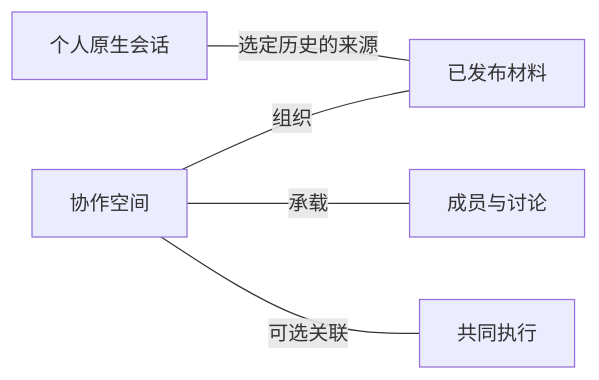
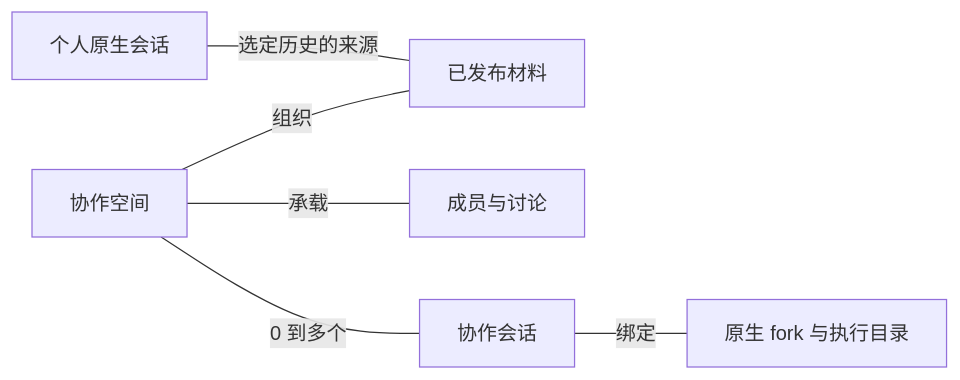
Before and after one commit to YTwsy/Team-Cross: the diagram in docs/agent-wiki/wiki/concepts/product-model-and-glossary.md, drawn with Mermaid. The commit also changed 167 other files, not shown here.

````diff
--- a/docs/agent-wiki/wiki/concepts/product-model-and-glossary.md
+++ b/docs/agent-wiki/wiki/concepts/product-model-and-glossary.md
@@ -6,7 +6,8 @@
 ```mermaid
 flowchart LR
     P["个人原生会话"] ---|选定历史的来源| M["已发布材料"]
     S["协作空间"] ---|组织| M
     S ---|承载| D["成员与讨论"]
-    S ---|可选关联| E["共同执行"]
+    S ---|0 到多个| E["协作会话"]
+    E ---|绑定| N["原生 fork 与执行目录"]
 ```
````
